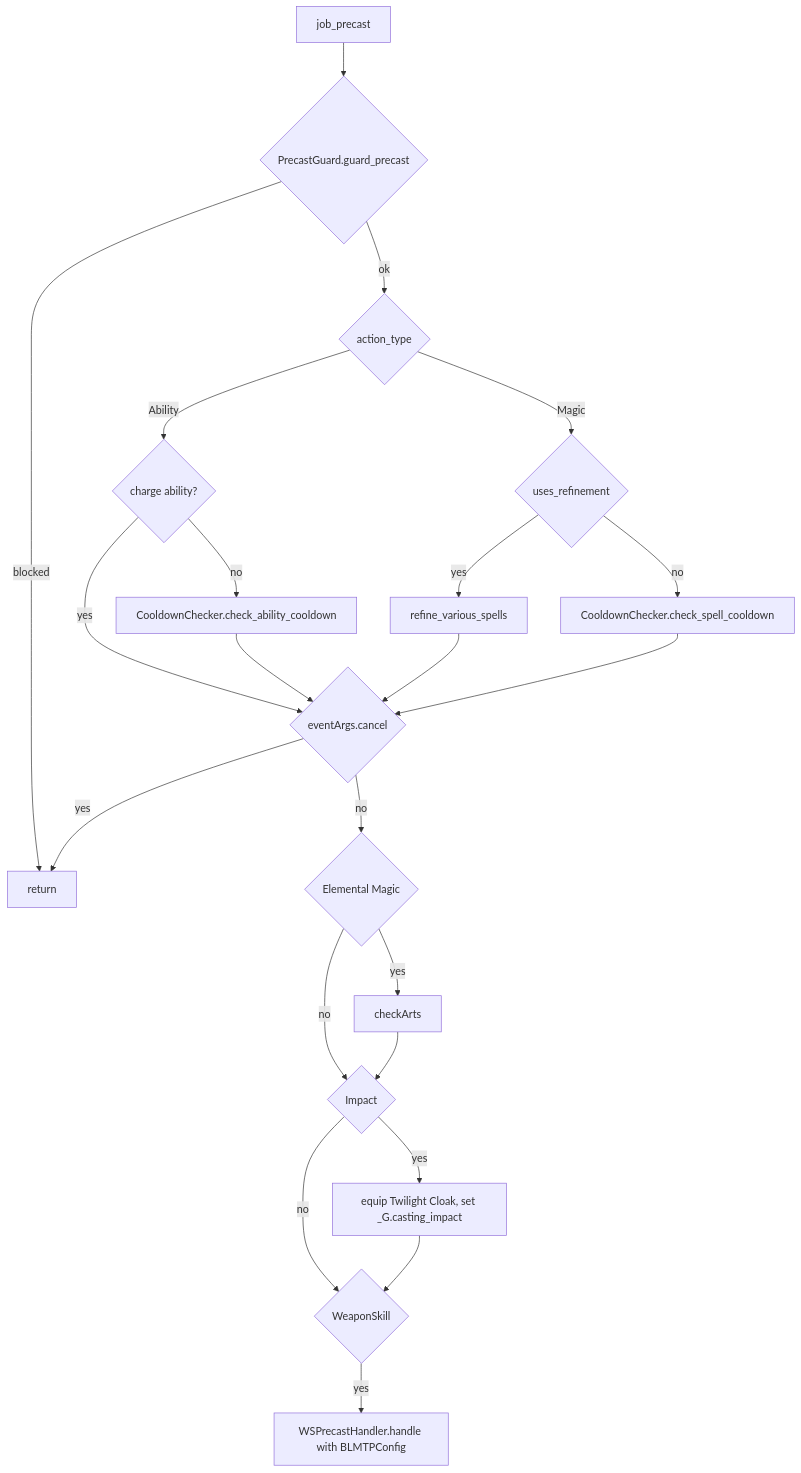
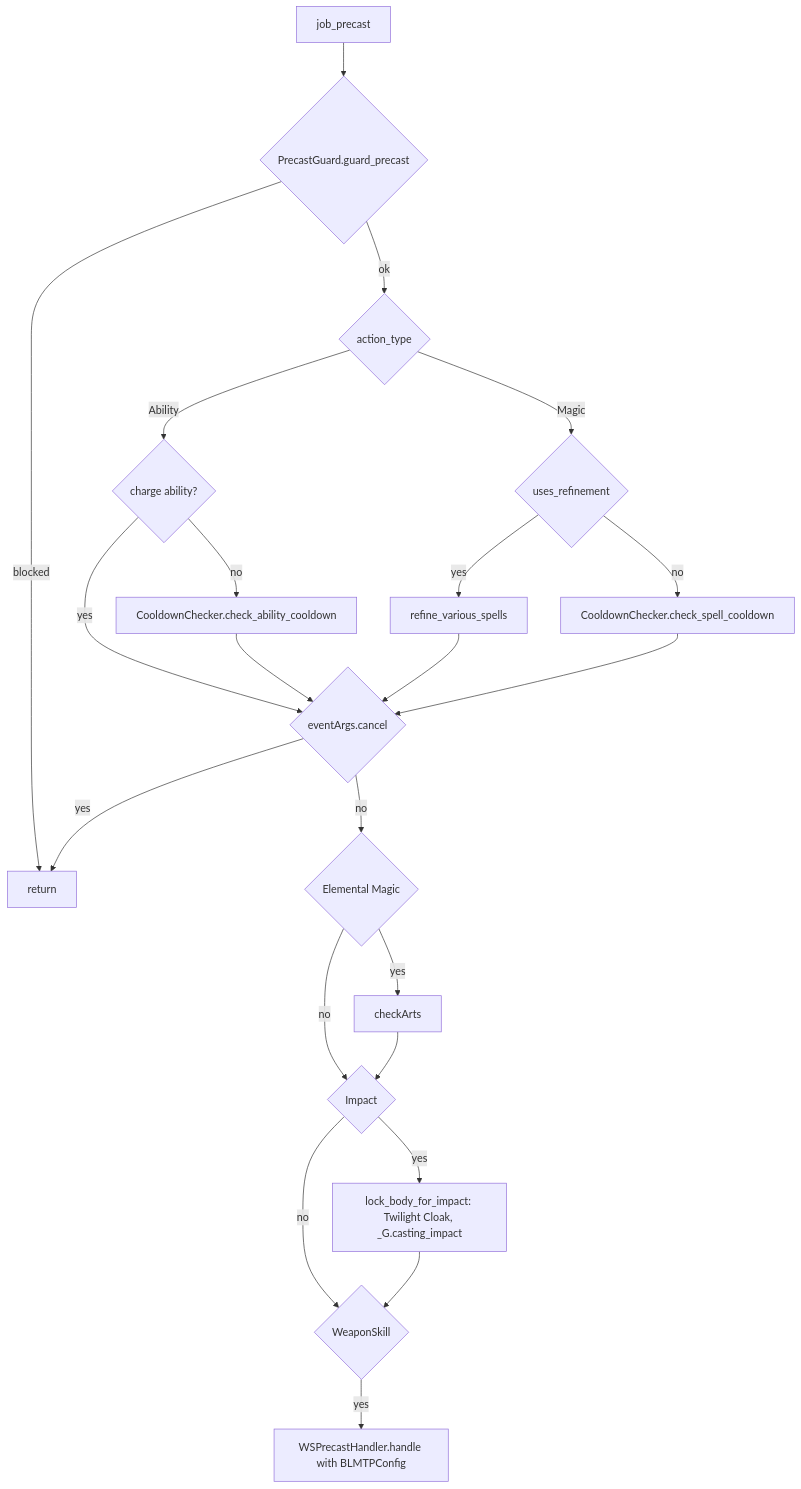
One commit to ejouanchicot/Gearswap changed the second of 4 diagrams in docs/dev/jobs/blm.md. Above: the diagram before and after it, drawn with Mermaid. The commit also changed other lines of this file and 31 other files, not shown here.

````diff
--- a/docs/dev/jobs/blm.md
+++ b/docs/dev/jobs/blm.md
@@ -147,24 +137,24 @@
 ```mermaid
 flowchart TD
     A[job_precast] --> B{PrecastGuard.guard_precast}
     B -- blocked --> Z[return]
     B -- ok --> C{action_type}
     C -- Ability --> D{charge ability?}
     D -- no --> E[CooldownChecker.check_ability_cooldown]
     D -- yes --> G
     C -- Magic --> F{uses_refinement}
     F -- yes --> R[refine_various_spells]
     F -- no --> S[CooldownChecker.check_spell_cooldown]
     E --> G{eventArgs.cancel}
     R --> G
     S --> G
     G -- yes --> Z
     G -- no --> H{Elemental Magic}
     H -- yes --> I[checkArts]
     H -- no --> J
     I --> J{Impact}
-    J -- yes --> K[equip Twilight Cloak, set _G.casting_impact]
+    J -- yes --> K[lock_body_for_impact: Twilight Cloak, _G.casting_impact]
     J -- no --> L
     K --> L{WeaponSkill}
     L -- yes --> M[WSPrecastHandler.handle with BLMTPConfig]
 ```
````
